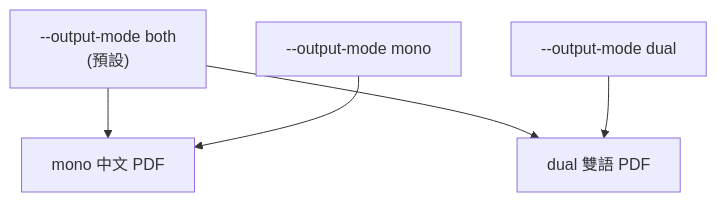
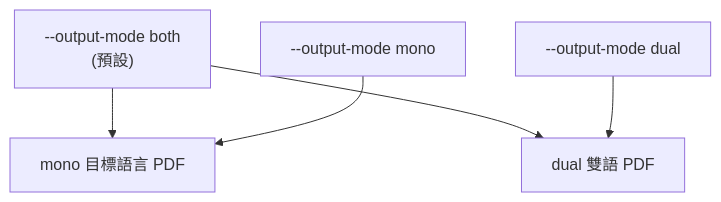
The second of 2 diagrams in docs/README_zh-TW.md (Chael-Chael/zotero-translate-skill), drawn with Mermaid before and after one commit. The commit also changed other lines of this file and 14 other files, not shown here.

````diff
--- a/docs/README_zh-TW.md
+++ b/docs/README_zh-TW.md
@@ -203,7 +206,7 @@
 ```mermaid
 flowchart TB
-    A["--output-mode both<br/>(預設)"] --> B["mono 中文 PDF"]
+    A["--output-mode both<br/>(預設)"] --> B["mono 目標語言 PDF"]
     A --> C["dual 雙語 PDF"]
     D["--output-mode mono"] --> B
     E["--output-mode dual"] --> C
 ```
````
